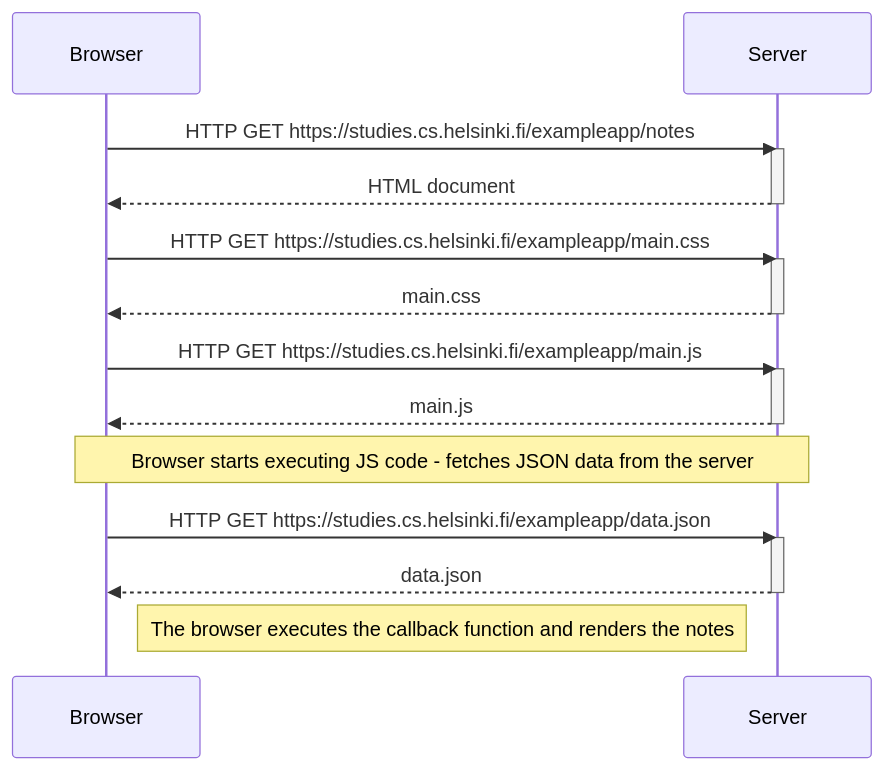
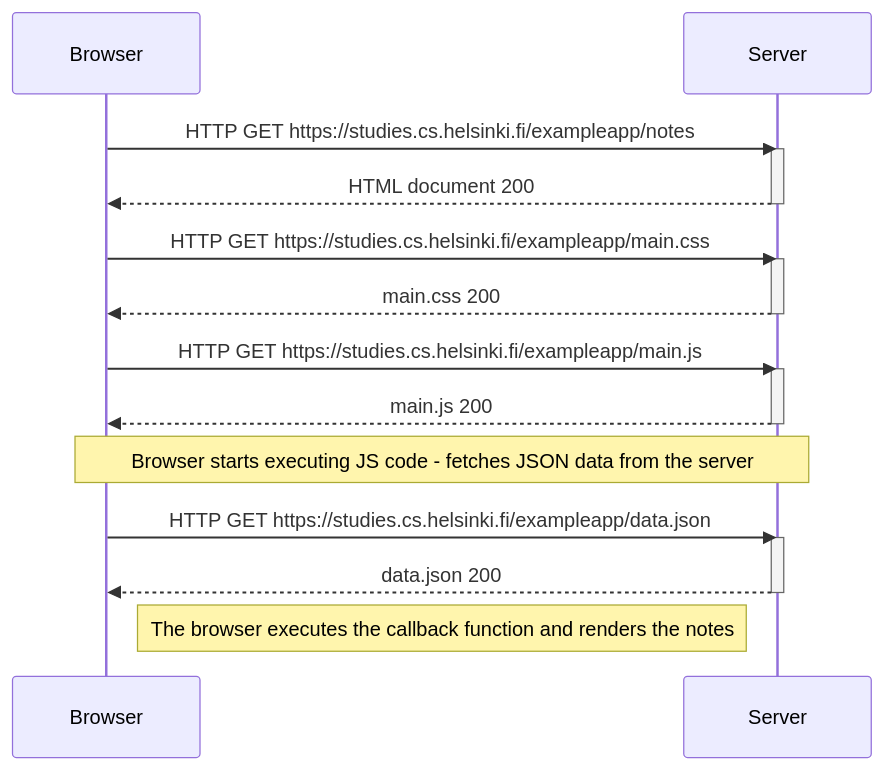
One commit to cmfredricksen/full-stack-open-exercises changed the first of 2 diagrams in part-0/exercise0-traditional.md. Above: the diagram before and after it, drawn with Mermaid. The commit also changed other lines of this file and 1 other file, not shown here.

Commit message:
Add status codes

````diff
--- a/part-0/exercise0-traditional.md
+++ b/part-0/exercise0-traditional.md
@@ -5,30 +5,30 @@
 ```mermaid
 sequenceDiagram
     participant b as Browser
     participant s as Server
 
 
     b->>s: HTTP GET https://studies.cs.helsinki.fi/exampleapp/notes
     activate s
-    s-->>b: HTML document
+    s-->>b: HTML document 200
     deactivate s
 
     b->>s: HTTP GET https://studies.cs.helsinki.fi/exampleapp/main.css
     activate s
-    s-->>b: main.css
+    s-->>b: main.css 200
     deactivate s
 
     b->>s: HTTP GET https://studies.cs.helsinki.fi/exampleapp/main.js
     activate s
-    s-->>b: main.js
+    s-->>b: main.js 200
     deactivate s
 
     Note over b, s: Browser starts executing JS code - fetches JSON data from the server
 
     b->>s: HTTP GET https://studies.cs.helsinki.fi/exampleapp/data.json
     activate s
-    s-->>b: data.json
+    s-->>b: data.json 200
     deactivate s
 
     Note right of b: The browser executes the callback function and renders the notes
 ```
````
